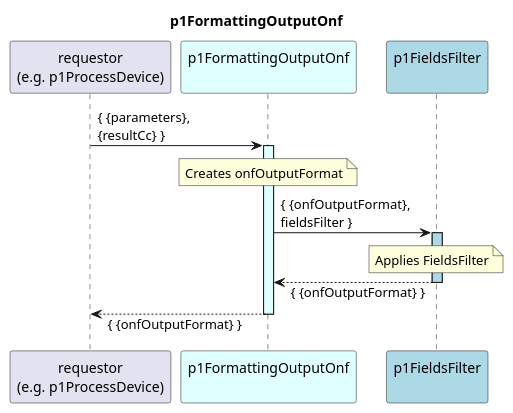
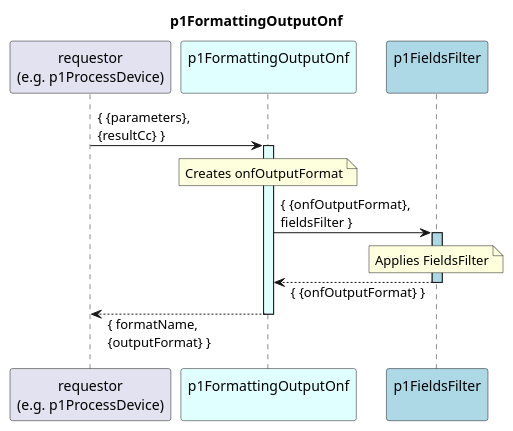
The diagram in spec/Functions/p1StreamPmData/p1ProcessDevice/p1FormattingOutputOnf/1.0.0/p1FormattingOutputOnf.plantuml (openBackhaul/DevicePerformanceManagementDataProcessor), drawn with PlantUML before and after one commit. The commit also changed 22 other files, not shown here.

```diff
--- a/spec/Functions/p1StreamPmData/p1ProcessDevice/p1FormattingOutputOnf/1.0.0/p1FormattingOutputOnf.plantuml
+++ b/spec/Functions/p1StreamPmData/p1ProcessDevice/p1FormattingOutputOnf/1.0.0/p1FormattingOutputOnf.plantuml
@@ -1,30 +1,30 @@
 @startuml p1FormattingOutputOnf
 skinparam responseMessageBelowArrow true
 
 title
   p1FormattingOutputOnf
 end title
 
 participant "requestor\n(e.g. p1ProcessDevice)" as requestor
 participant "p1FormattingOutputOnf\n" as cur #LightCyan
 participant "p1FieldsFilter\n" as fieldsFilter #LightBlue
 
 requestor -> cur: { {parameters},\n{resultCc} }
 activate cur #LightCyan
 
   note over cur
     Creates onfOutputFormat
   end note
 
   cur -> fieldsFilter: { {onfOutputFormat},\nfieldsFilter }
   activate fieldsFilter #LightBlue
     note over fieldsFilter
       Applies FieldsFilter
     end note
   cur <-- fieldsFilter: { {onfOutputFormat} }
   deactivate fieldsFilter #LightBlue
 
-requestor <-- cur: { {onfOutputFormat} }
+requestor <-- cur: { formatName,\n{outputFormat} }
 deactivate cur
 
 @enduml
```
